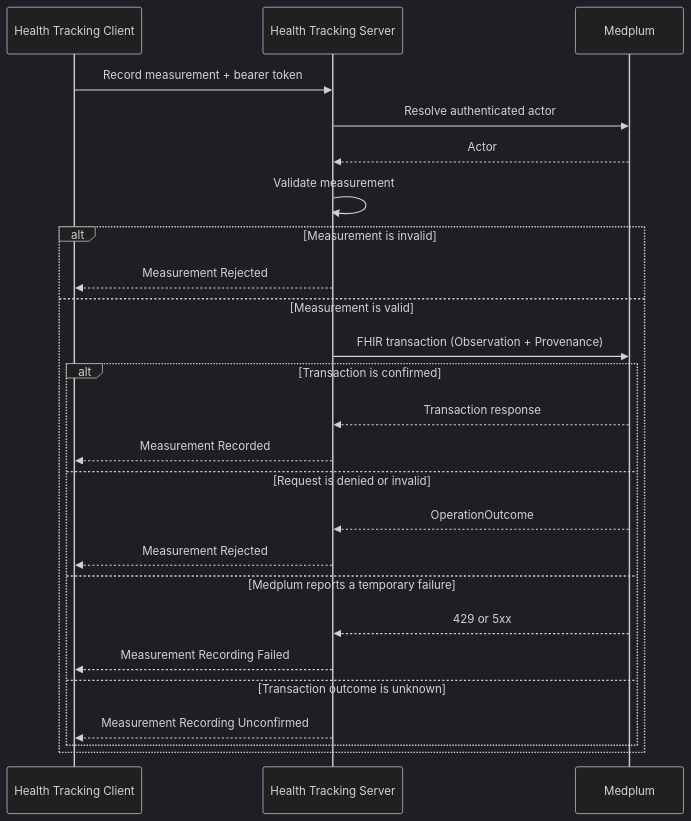
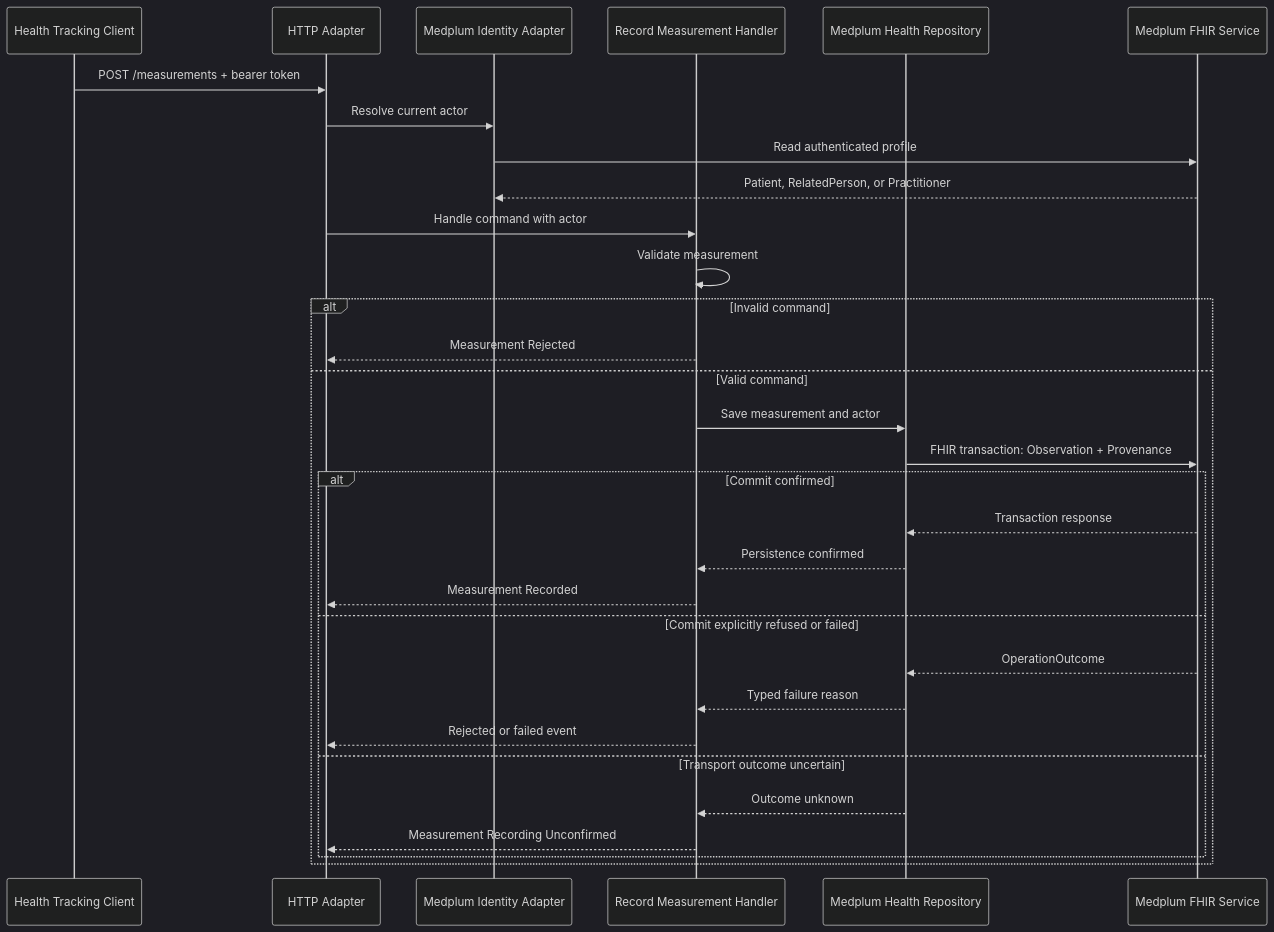
The second of 2 diagrams in dhf/documents/design/health_tracking.md (ragavsathish/medplum), drawn with Mermaid (dark theme) before and after one commit. The commit also changed other lines of this file and 2 other files, not shown here.

Commit message:
docs: align health tracking design context

````diff
--- a/dhf/documents/design/health_tracking.md
+++ b/dhf/documents/design/health_tracking.md
@@ -72,29 +113,35 @@
 ```mermaid
 sequenceDiagram
     participant Client as Health Tracking Client
-    participant Server as Health Tracking Server
-    participant Medplum as Medplum
+    participant HTTP as HTTP Adapter
+    participant Identity as Medplum Identity Adapter
+    participant Handler as Record Measurement Handler
+    participant Repository as Medplum Health Repository
+    participant Medplum as Medplum FHIR Service
 
-    Client->>Server: Record measurement + bearer token
-    Server->>Medplum: Resolve authenticated actor
-    Medplum-->>Server: Actor
-    Server->>Server: Validate measurement
+    Client->>HTTP: POST /measurements + bearer token
+    HTTP->>Identity: Resolve current actor
+    Identity->>Medplum: Read authenticated profile
+    Medplum-->>Identity: Patient, RelatedPerson, or Practitioner
+    HTTP->>Handler: Handle command with actor
+    Handler->>Handler: Validate measurement
 
-    alt Measurement is invalid
-        Server-->>Client: Measurement Rejected
-    else Measurement is valid
-        Server->>Medplum: FHIR transaction (Observation + Provenance)
-        alt Transaction is confirmed
-            Medplum-->>Server: Transaction response
-            Server-->>Client: Measurement Recorded
-        else Request is denied or invalid
-            Medplum-->>Server: OperationOutcome
-            Server-->>Client: Measurement Rejected
-        else Medplum reports a temporary failure
-            Medplum-->>Server: 429 or 5xx
-            Server-->>Client: Measurement Recording Failed
-        else Transaction outcome is unknown
-            Server-->>Client: Measurement Recording Unconfirmed
+    alt Invalid command
+        Handler-->>HTTP: Measurement Rejected
+    else Valid command
+        Handler->>Repository: Save measurement and actor
+        Repository->>Medplum: FHIR transaction: Observation + Provenance
+        alt Commit confirmed
+            Medplum-->>Repository: Transaction response
+            Repository-->>Handler: Persistence confirmed
+            Handler-->>HTTP: Measurement Recorded
+        else Commit explicitly refused or failed
+            Medplum-->>Repository: OperationOutcome
+            Repository-->>Handler: Typed failure reason
+            Handler-->>HTTP: Rejected or failed event
+        else Transport outcome uncertain
+            Repository-->>Handler: Outcome unknown
+            Handler-->>HTTP: Measurement Recording Unconfirmed
         end
     end
 ```
````
